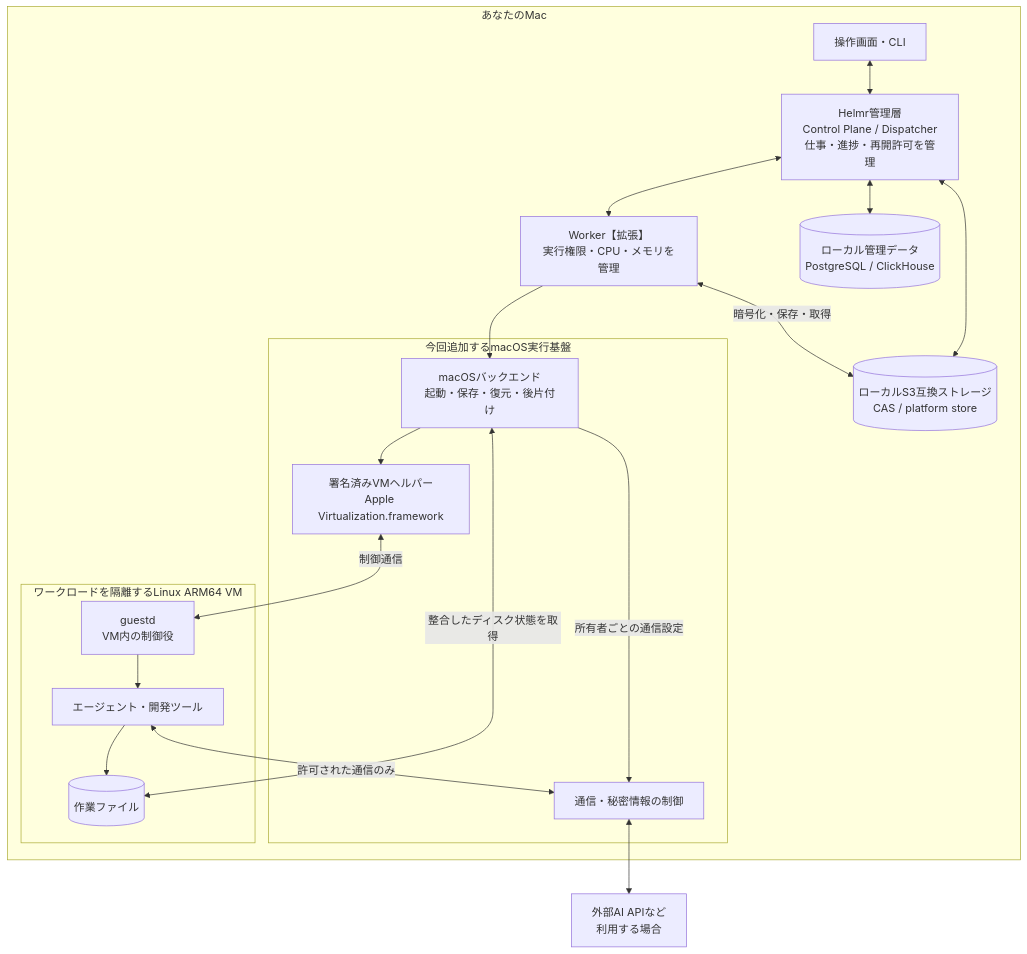
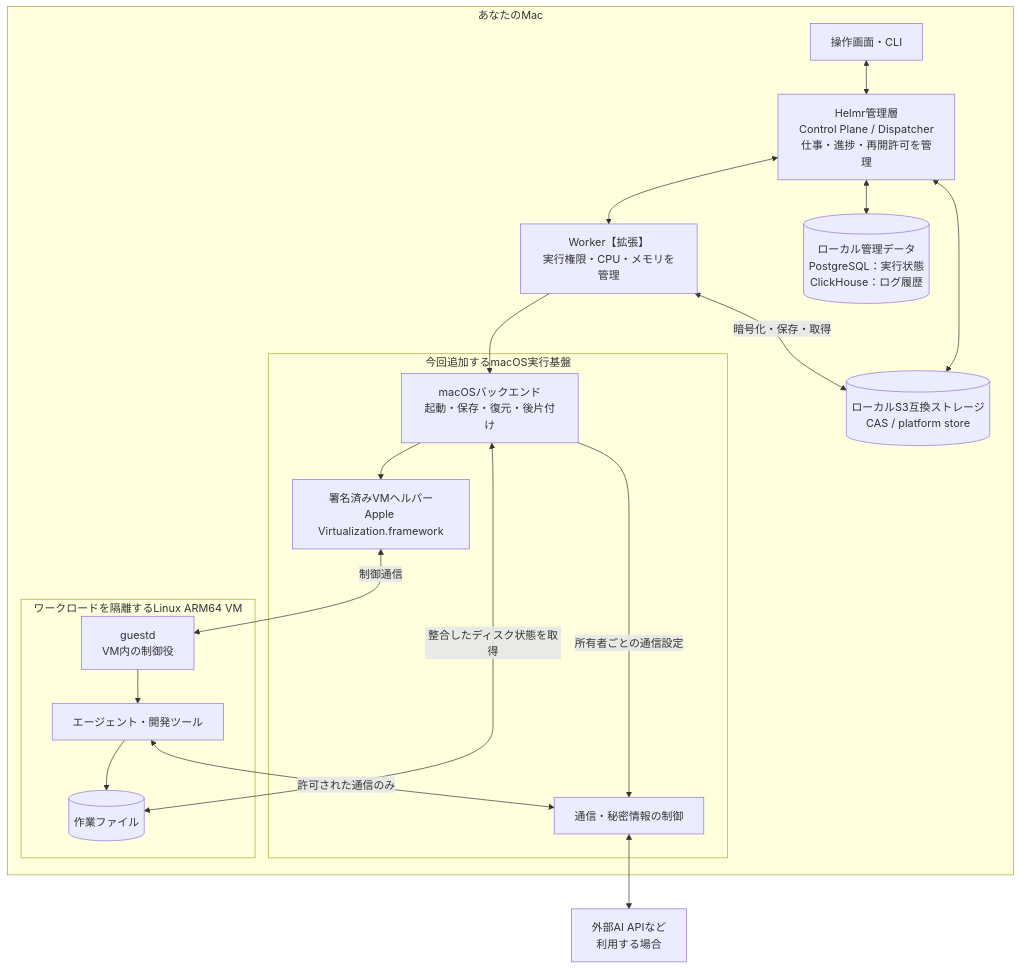
One commit to kijitra/helmr changed the first of 2 diagrams in docs/design/macos-runtime.md. Above: the diagram before and after it, drawn with Mermaid. The commit also changed other lines of this file and 1 other file, not shown here.

````diff
--- a/docs/design/macos-runtime.md
+++ b/docs/design/macos-runtime.md
@@ -94,38 +111,38 @@
 ```mermaid
 flowchart TB
   subgraph MAC["あなたのMac"]
     UI["操作画面・CLI"]
     CP["Helmr管理層<br/>Control Plane / Dispatcher<br/>仕事・進捗・再開許可を管理"]
     W["Worker【拡張】<br/>実行権限・CPU・メモリを管理"]
-    DB[("ローカル管理データ<br/>PostgreSQL / ClickHouse")]
+    DB[("ローカル管理データ<br/>PostgreSQL：実行状態<br/>ClickHouse：ログ履歴")]
     STORE[("ローカルS3互換ストレージ<br/>CAS / platform store")]
 
     subgraph NEW["今回追加するmacOS実行基盤"]
       B["macOSバックエンド<br/>起動・保存・復元・後片付け"]
       H["署名済みVMヘルパー<br/>Apple Virtualization.framework"]
       NET["通信・秘密情報の制御"]
     end
 
     subgraph VM["ワークロードを隔離するLinux ARM64 VM"]
       G["guestd<br/>VM内の制御役"]
       A["エージェント・開発ツール"]
       DISK[("作業ファイル")]
       G --> A
       A --> DISK
     end
 
     UI <--> CP
     CP <--> W
     CP <--> DB
     CP <--> STORE
     W <-->|暗号化・保存・取得| STORE
     W --> B
     B --> H
     B -->|所有者ごとの通信設定| NET
     B <-->|整合したディスク状態を取得| DISK
     H <-->|制御通信| G
     A <-->|許可された通信のみ| NET
   end
 
   NET <--> API["外部AI APIなど<br/>利用する場合"]
 ```
````
